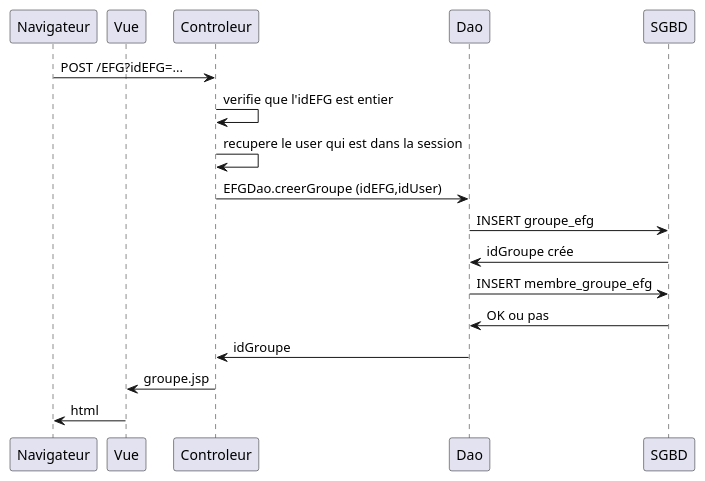
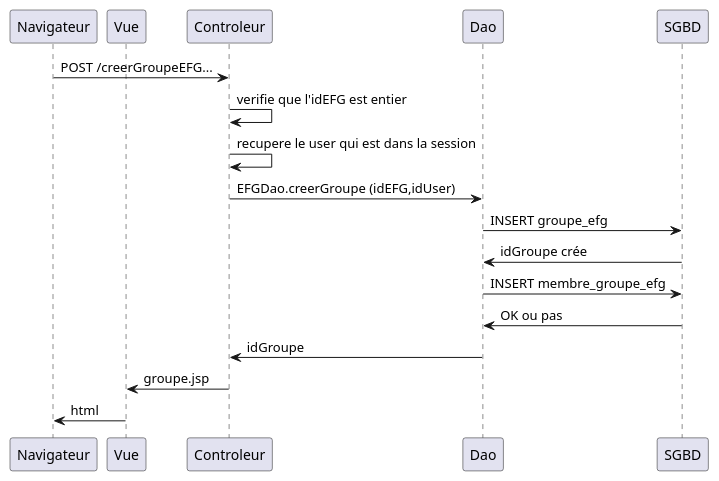
One commit to michel-plasse/siomassy2021 changed the diagram in src/main/webapp/doc/creationGroupe.puml. Above: the diagram before and after it, drawn with PlantUML. The commit also changed 2 other files, not shown here.

```diff
--- a/src/main/webapp/doc/creationGroupe.puml
+++ b/src/main/webapp/doc/creationGroupe.puml
@@ -1,18 +1,18 @@
 @startuml
 ' par défaut, les couches sont disposées dans l'ordre d'apparition
 ' nous utilison participant pour préciser qu'après Navigateur il y a Vue et non Controleur
 participant Navigateur
 participant Vue
 ' creation de groupe et ajouter des etudiants 1.2
-Navigateur -> Controleur: POST /EFG?idEFG=...
+Navigateur -> Controleur: POST /creerGroupeEFG...
 Controleur -> Controleur: verifie que l'idEFG est entier  
 Controleur -> Controleur: recupere le user qui est dans la session
 Controleur -> Dao: EFGDao.creerGroupe (idEFG,idUser)
 Dao -> SGBD: INSERT groupe_efg
 SGBD -> Dao: idGroupe crée
 Dao -> SGBD: INSERT membre_groupe_efg
 SGBD -> Dao: OK ou pas
 Dao -> Controleur: idGroupe
 Controleur -> Vue: groupe.jsp
 Vue -> Navigateur: html
 @enduml
```
